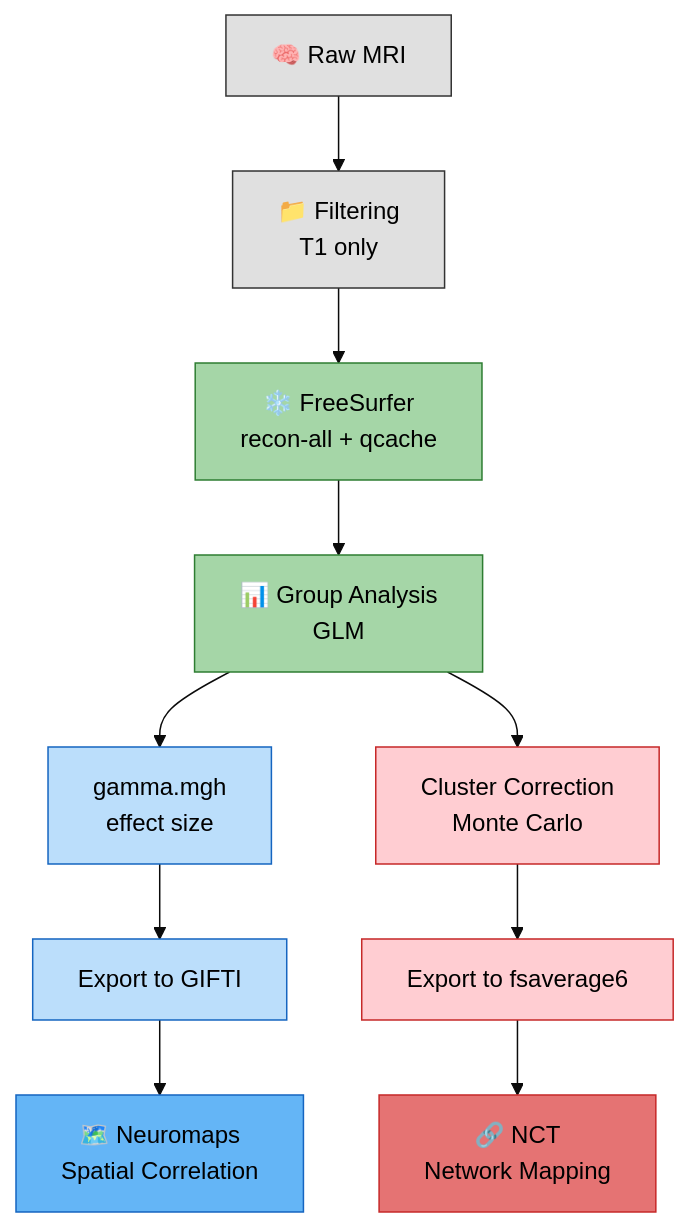
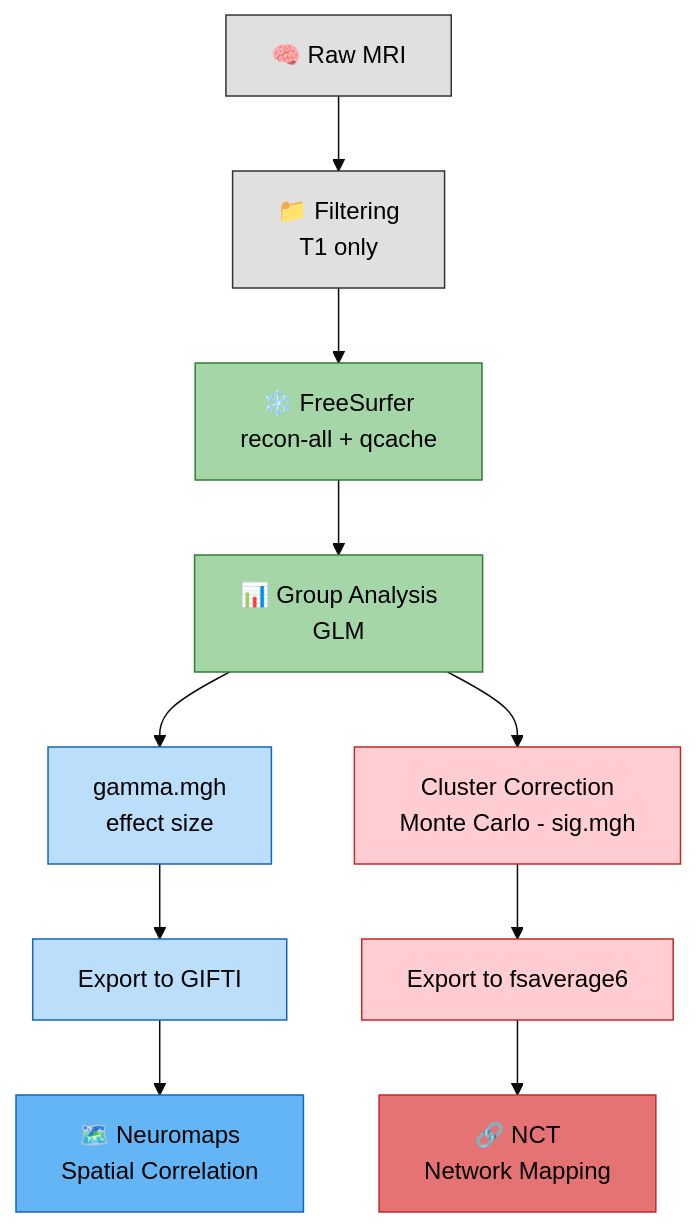
One commit to luisAraujo11/Thesis changed the diagram in README.md. Above: the diagram before and after it, drawn with Mermaid (base theme).

Commit message:
Final MD

````diff
--- a/README.md
+++ b/README.md
@@ -35,26 +35,26 @@
 ```mermaid
 flowchart TD
     A[🧠 Raw MRI] --> B[📁 Filtering<br/>T1 only]
     B --> C[❄️ FreeSurfer<br/>recon-all + qcache]
     C --> D[📊 Group Analysis<br/>GLM]
     
     D --> E[gamma.mgh<br/>effect size]
-    D --> F[Cluster Correction<br/>Monte Carlo]
+    D --> F[Cluster Correction<br/>Monte Carlo - sig.mgh]
     
     E --> G[Export to GIFTI]
     F --> H[Export to fsaverage6]
     
     G --> I[🗺️ Neuromaps<br/>Spatial Correlation]
     H --> J[🔗 NCT<br/>Network Mapping]
     
     style A fill:#e0e0e0,stroke:#333,color:#000
     style B fill:#e0e0e0,stroke:#333,color:#000
     style C fill:#a5d6a7,stroke:#2e7d32,color:#000
     style D fill:#a5d6a7,stroke:#2e7d32,color:#000
     style E fill:#bbdefb,stroke:#1565c0,color:#000
     style F fill:#ffcdd2,stroke:#c62828,color:#000
     style G fill:#bbdefb,stroke:#1565c0,color:#000
     style H fill:#ffcdd2,stroke:#c62828,color:#000
     style I fill:#64b5f6,stroke:#1565c0,color:#000
     style J fill:#e57373,stroke:#c62828,color:#000
 ```
````
